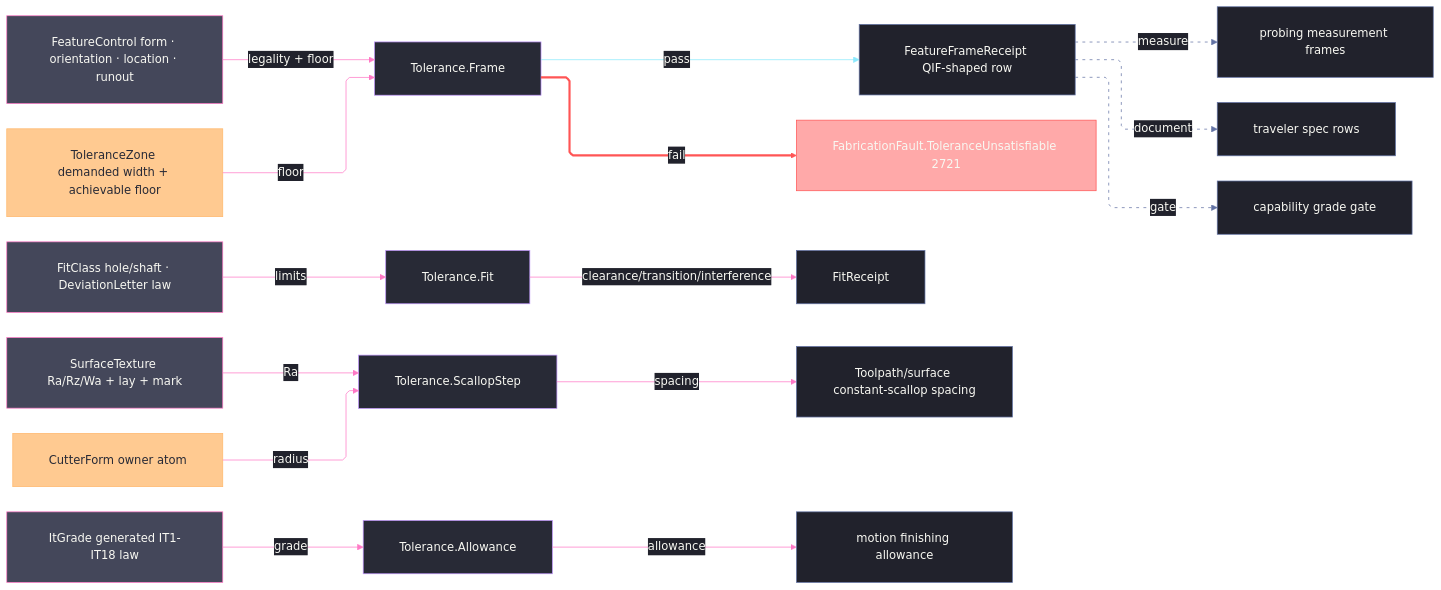
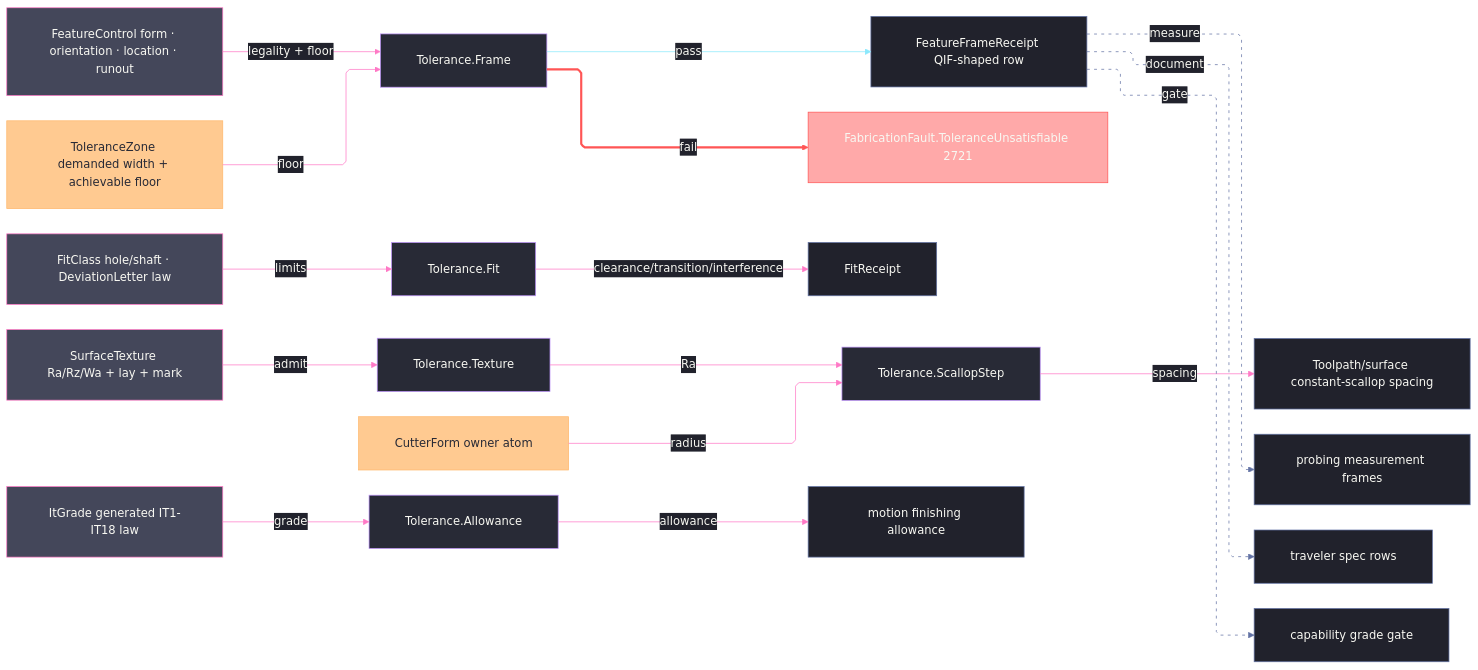
One commit to bsamiee/Rasm changed the diagram in libs/csharp/Rasm.Fabrication/.planning/Spec/tolerance.md. Above: the diagram before and after it, drawn with Mermaid. The commit also changed other lines of this file and 128 other files, not shown here.

````diff
--- a/libs/csharp/Rasm.Fabrication/.planning/Spec/tolerance.md
+++ b/libs/csharp/Rasm.Fabrication/.planning/Spec/tolerance.md
@@ -419,57 +620,58 @@
 ```mermaid
 ---
 config:
   theme: base
   look: classic
   layout: elk
   flowchart:
     curve: linear
     padding: 25
   themeVariables:
     darkMode: true
     fontFamily: "SF Mono, Menlo, Cascadia Mono, Segoe UI Mono, Consolas, monospace"
     useGradient: false
     dropShadow: "none"
     background: "#282A36"
     primaryColor: "#44475A"
     primaryTextColor: "#F8F8F2"
     primaryBorderColor: "#BD93F9"
     mainBkg: "#44475A"
     nodeBorder: "#BD93F9"
     lineColor: "#FF79C6"
     textColor: "#F8F8F2"
     edgeLabelBackground: "#21222C"
     labelBackgroundColor: "#21222C"
   themeCSS: ".nodeLabel{font-size:13px;font-weight:500}.edgeLabel{font-size:12px;font-weight:500}.edge-thickness-normal{stroke-width:2px}.edge-thickness-thick{stroke-width:3px}.edge-pattern-dashed,.edge-pattern-dotted{stroke-width:1.5px;stroke-dasharray:4 6}.node rect,.node circle,.node polygon,.node path,.node .outer-path{stroke-width:1.5px;filter:none!important}.marker path{transform:scale(.8);transform-origin:5px 5px}.marker circle{transform:scale(.48);transform-origin:5px 5px}.edgeLabel rect{transform-box:fill-box;transform-origin:center;transform:scale(1.1,1.2)}"
 ---
 flowchart LR
     accTitle: Tolerance plane seams
     accDescr: Feature frames, fit classes, surface texture, and IT grades route through the tolerance owner into receipts, faults, toolpath, motion, and evidence consumers.
     Frame["FeatureControl form · orientation · location · runout"] -->|"legality + floor"| Tolerance["Tolerance.Frame"]
     Zone["ToleranceZone demanded width + achievable floor"] -->|"floor"| Tolerance
     Tolerance -->|"pass"| Receipt["FeatureFrameReceipt QIF-shaped row"]
     Tolerance -->|"fail"| Fault["FabricationFault.ToleranceUnsatisfiable 2721"]
     FitIn["FitClass hole/shaft · DeviationLetter law"] -->|"limits"| Fit["Tolerance.Fit"]
     Fit -->|"clearance/transition/interference"| FitOut["FitReceipt"]
-    Texture["SurfaceTexture Ra/Rz/Wa + lay + mark"] -->|"Ra"| Step["Tolerance.ScallopStep"]
+    Texture["SurfaceTexture Ra/Rz/Wa + lay + mark"] -->|"admit"| TextureGate["Tolerance.Texture"]
+    TextureGate -->|"Ra"| Step["Tolerance.ScallopStep"]
     Cutter["CutterForm owner atom"] -->|"radius"| Step
     Step -->|"spacing"| Surface["Toolpath/surface constant-scallop spacing"]
     Grade["ItGrade generated IT1-IT18 law"] -->|"grade"| Allowance["Tolerance.Allowance"]
     Allowance -->|"allowance"| Motion["motion finishing allowance"]
     Receipt -->|"measure"| Probe["probing measurement frames"]
     Receipt -->|"document"| Traveler["traveler spec rows"]
     Receipt -->|"gate"| Capability["capability grade gate"]
     classDef primary fill:#44475A,stroke:#FF79C6,color:#F8F8F2
     classDef boundary fill:#282A36,stroke:#BD93F9,color:#F8F8F2
     classDef data fill:#FFB86CBF,stroke:#FFB86C,color:#282A36
     classDef error fill:#FF555580,stroke:#FF5555,color:#F8F8F2
     classDef annotation fill:#21222C,stroke:#6272A4,color:#F8F8F2
     class Frame,Texture,Grade,FitIn primary
-    class Tolerance,Step,Allowance,Fit boundary
+    class Tolerance,TextureGate,Step,Allowance,Fit boundary
     class Zone,Cutter data
     class Fault error
     class Receipt,Surface,Motion,Probe,Traveler,Capability,FitOut annotation
     linkStyle 2 stroke:#8BE9FD,color:#F8F8F2
     linkStyle 3 stroke:#FF5555,stroke-width:3px,color:#F8F8F2
-    linkStyle 11,12,13 stroke:#6272A4,color:#F8F8F2,stroke-dasharray:4 6
+    linkStyle 12,13,14 stroke:#6272A4,color:#F8F8F2,stroke-dasharray:4 6
 ```
````
